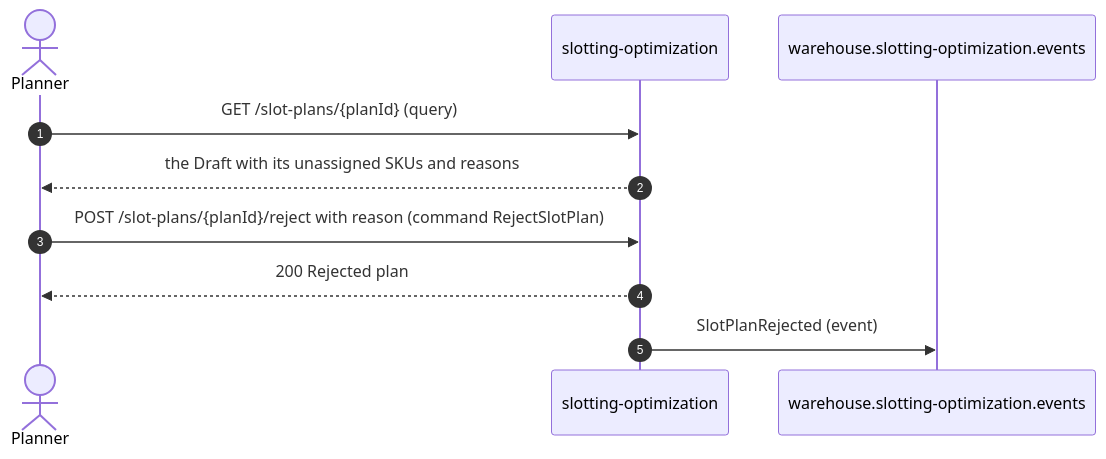
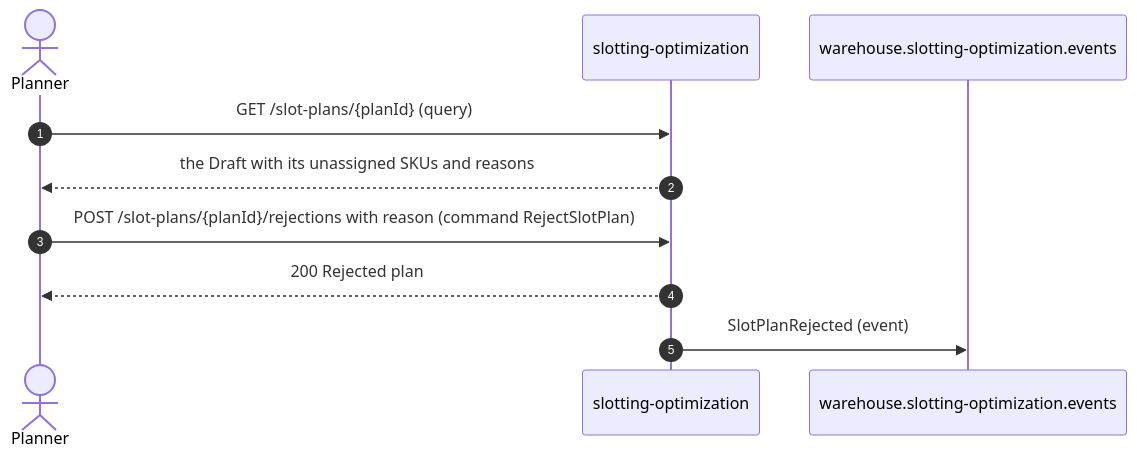
Before and after one commit to IQVO/slotting-optimization: the third of 5 diagrams in docs/docs/ddd/domain-message-flow.md, drawn with Mermaid. The commit also changed other lines of this file and 41 other files, not shown here.

````diff
--- a/docs/docs/ddd/domain-message-flow.md
+++ b/docs/docs/ddd/domain-message-flow.md
@@ -73,12 +73,12 @@
 ```mermaid
 sequenceDiagram
     autonumber
     actor P as Planner
     participant SO as slotting-optimization
     participant K as warehouse.slotting-optimization.events
     P->>SO: GET /slot-plans/{planId} (query)
     SO-->>P: the Draft with its unassigned SKUs and reasons
-    P->>SO: POST /slot-plans/{planId}/reject with reason (command RejectSlotPlan)
+    P->>SO: POST /slot-plans/{planId}/rejections with reason (command RejectSlotPlan)
     SO-->>P: 200 Rejected plan
     SO->>K: SlotPlanRejected (event)
 ```
````
